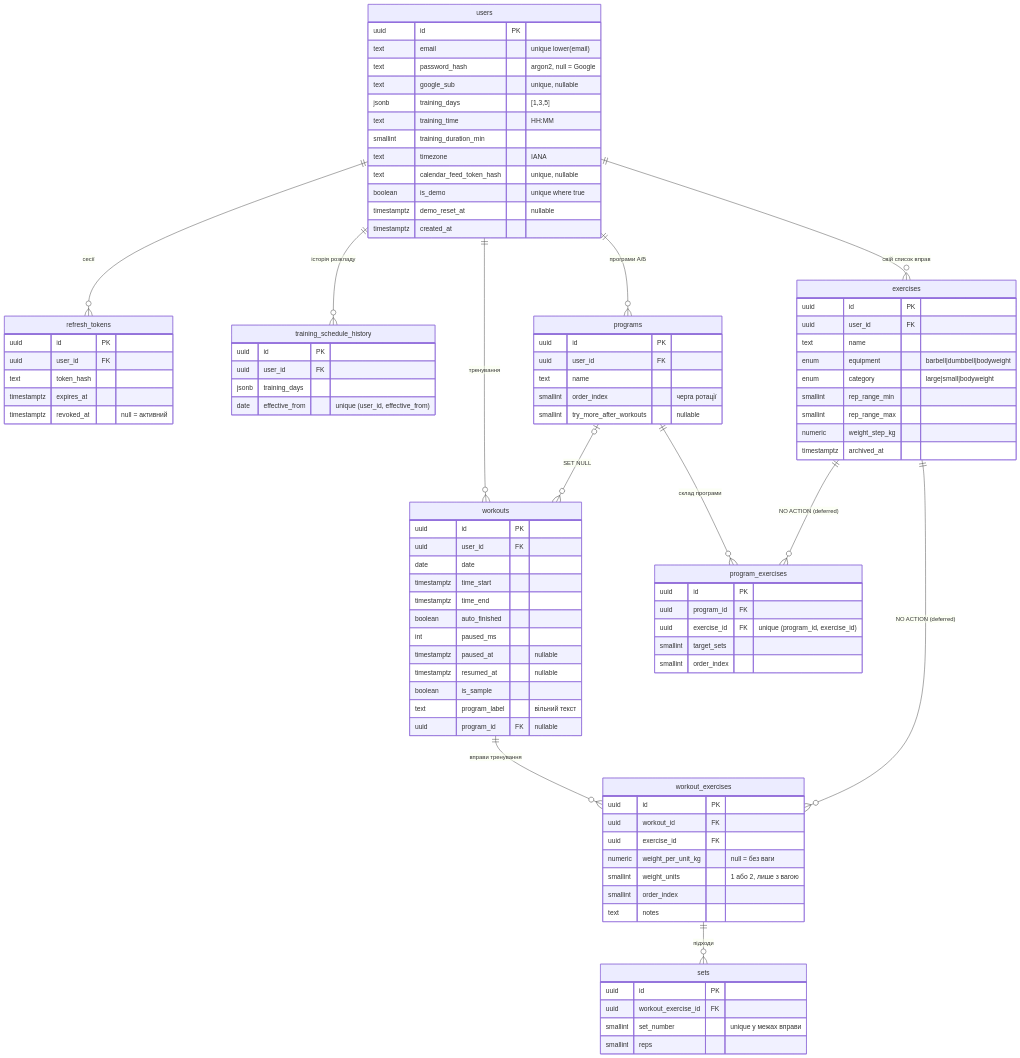
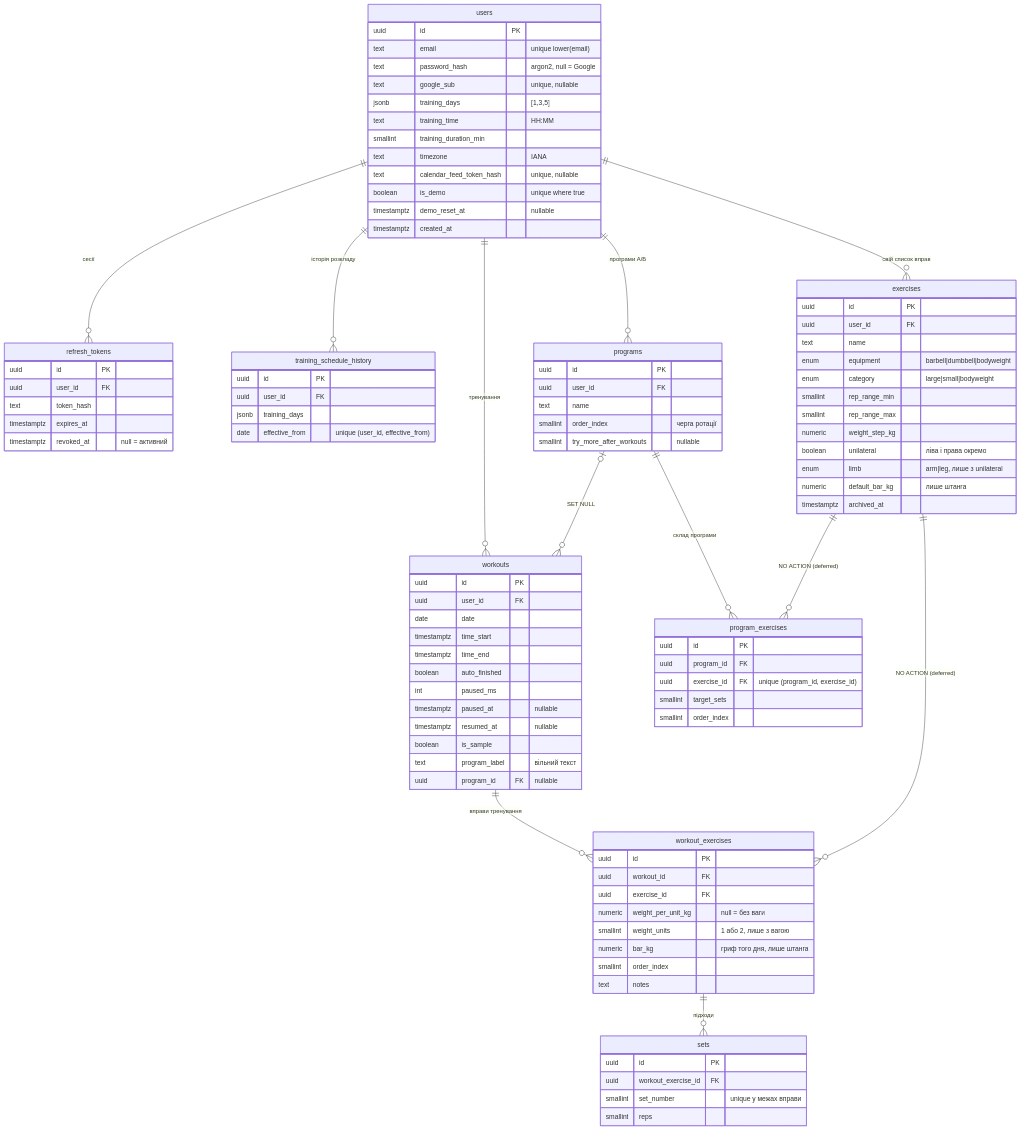
Before and after one commit to SergioBurlaka/MyGym: the diagram in docs/db/ARCHITECTURE.md, drawn with Mermaid. The commit also changed other lines of this file and 2 other files, not shown here.

Commit message:
docs: load model in coach skills and db architecture

```diff
--- a/docs/db/ARCHITECTURE.md
+++ b/docs/db/ARCHITECTURE.md
@@ -59,6 +59,9 @@
         smallint rep_range_min
         smallint rep_range_max
         numeric weight_step_kg
+        boolean unilateral "ліва і права окремо"
+        enum limb "arm|leg, лише з unilateral"
+        numeric default_bar_kg "лише штанга"
         timestamptz archived_at
     }
     programs {
@@ -95,6 +98,7 @@
         uuid exercise_id FK
         numeric weight_per_unit_kg "null = без ваги"
         smallint weight_units "1 або 2, лише з вагою"
+        numeric bar_kg "гриф того дня, лише штанга"
         smallint order_index
         text notes
     }
```
